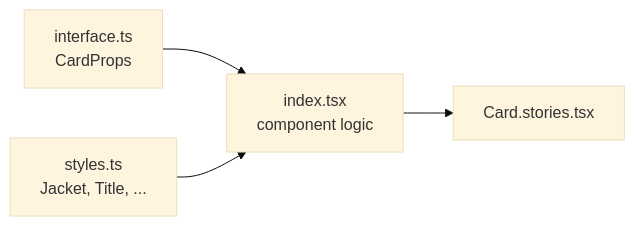
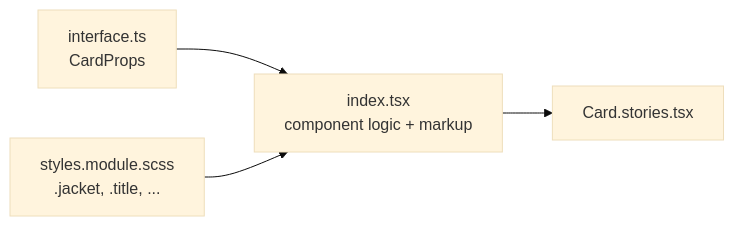
One commit to 12-Studio/Tackl changed the diagram in docs/Tackl/WritingComponents.md. Above: the diagram before and after it, drawn with Mermaid (base theme). The commit also changed other lines of this file and 22 other files, not shown here.

````diff
--- a/docs/Tackl/WritingComponents.md
+++ b/docs/Tackl/WritingComponents.md
@@ -17,6 +17,6 @@
 ```mermaid
 flowchart LR
-    I[interface.ts\nCardProps] --> C[index.tsx\ncomponent logic]
-    S[styles.ts\nJacket, Title, ...] --> C
+    I[interface.ts\nCardProps] --> C[index.tsx\ncomponent logic + markup]
+    S[styles.module.scss\n.jacket, .title, ...] --> C
     C --> ST[Card.stories.tsx]
 ```
````
